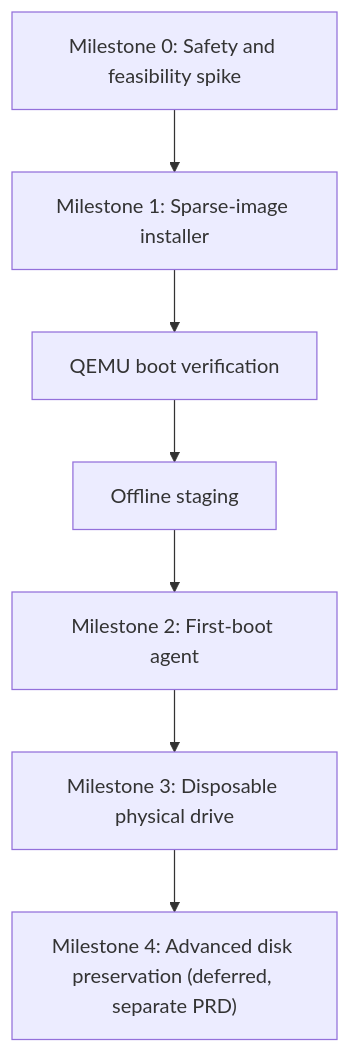
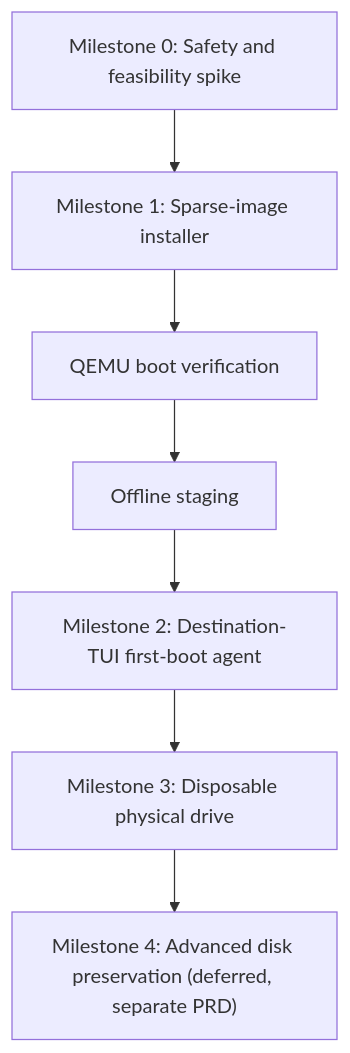
The diagram in docs/design/drive-setup-gui-v2-prd.md (cliffthelin/BaseLineProx), drawn with Mermaid before and after one commit. The commit also changed other lines of this file, not shown here.

````diff
--- a/docs/design/drive-setup-gui-v2-prd.md
+++ b/docs/design/drive-setup-gui-v2-prd.md
@@ -294,9 +383,9 @@
 ```mermaid
 flowchart TD
     A["Milestone 0: Safety and feasibility spike"] --> B["Milestone 1: Sparse-image installer"]
     B --> C["QEMU boot verification"]
     C --> D["Offline staging"]
-    D --> E["Milestone 2: First-boot agent"]
+    D --> E["Milestone 2: Destination-TUI first-boot agent"]
     E --> F["Milestone 3: Disposable physical drive"]
     F --> G["Milestone 4: Advanced disk preservation (deferred, separate PRD)"]
 ```
````
